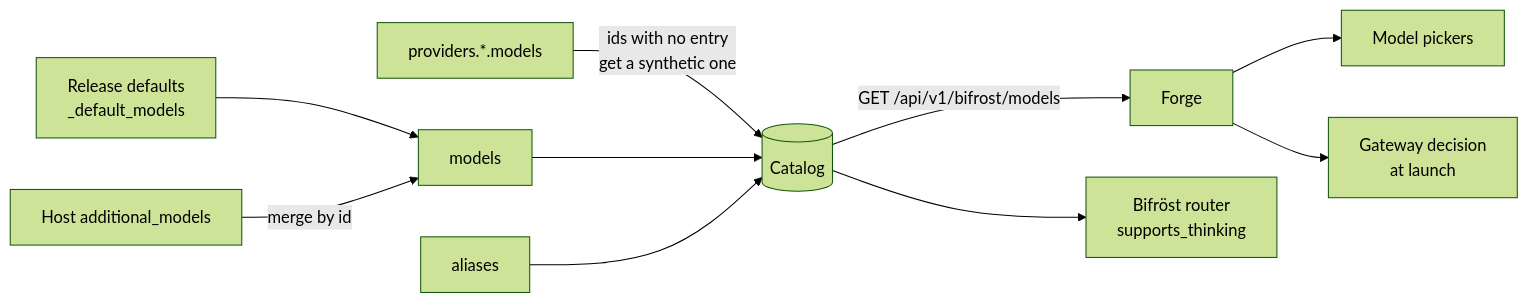
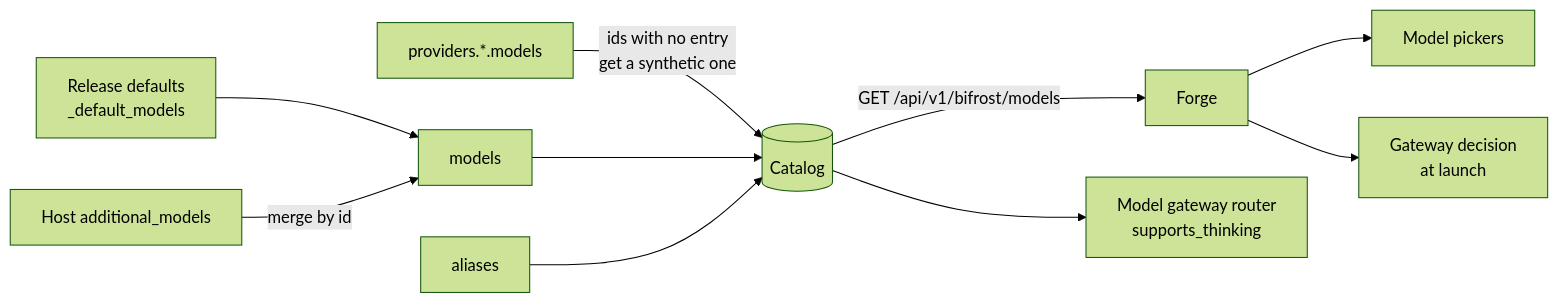
The diagram in docs/site/architecture/models/catalog.md (niuulabs/niuu), drawn with Mermaid (forest theme) before and after one commit. The commit also changed other lines of this file and 65 other files, not shown here.

````diff
--- a/docs/site/architecture/models/catalog.md
+++ b/docs/site/architecture/models/catalog.md
@@ -21,12 +21,12 @@
 ```mermaid
 flowchart LR
     DEF[Release defaults<br/>_default_models] --> M[models]
     ADD[Host additional_models] -- "merge by id" --> M
     PROV[providers.*.models] -- "ids with no entry<br/>get a synthetic one" --> CAT[(Catalog)]
     M --> CAT
     AL[aliases] --> CAT
     CAT -- "GET /api/v1/bifrost/models" --> FORGE[Forge]
     FORGE --> UI[Model pickers]
     FORGE --> GW[Gateway decision<br/>at launch]
-    CAT --> ROUTER[Bifröst router<br/>supports_thinking]
+    CAT --> ROUTER[Model gateway router<br/>supports_thinking]
 ```
````
